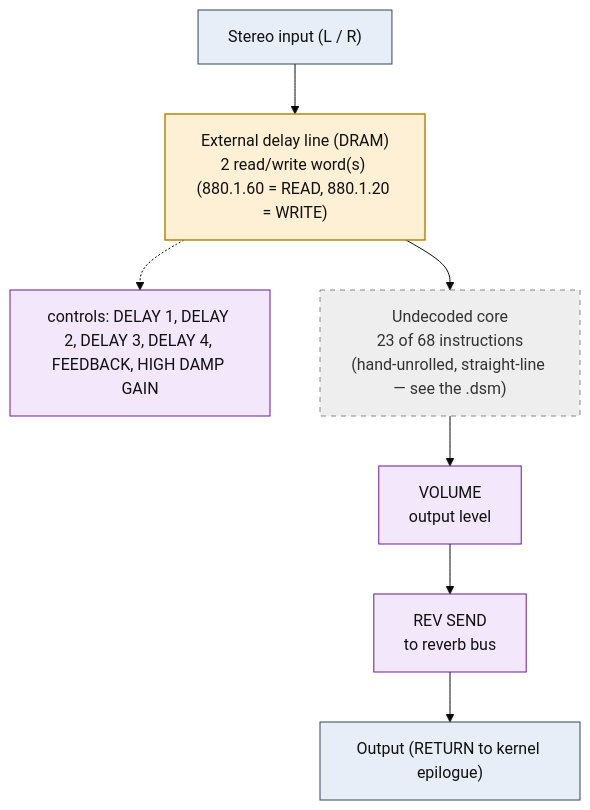
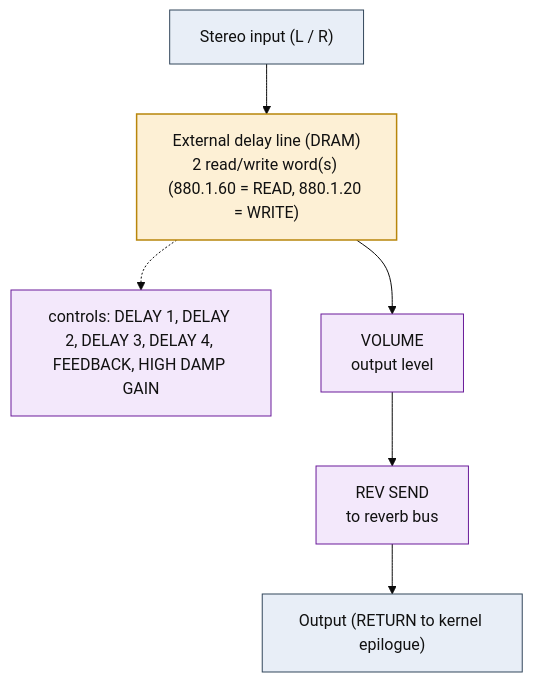
Before and after one commit to ArqueologiaDigital/kn5000-roms-disasm: the diagram in dsp/flowcharts/prog10_multi_tap_delay.md, drawn with Mermaid (base theme). The commit also changed other lines of this file and 39 other files, not shown here.

First line of the commit message:
dsp: annotate all flowcharts with the classic effect topology each shape matches

````diff
--- a/dsp/flowcharts/prog10_multi_tap_delay.md
+++ b/dsp/flowcharts/prog10_multi_tap_delay.md
@@ -12,27 +12,24 @@
 ```mermaid
 flowchart TD
     N0["Stereo input (L / R)"]
     N1["External delay line (DRAM)<br/>2 read/write word(s) (880.1.60 = READ, 880.1.20 = WRITE)"]
     N0 --> N1
     N2["controls: DELAY 1, DELAY 2, DELAY 3, DELAY 4, FEEDBACK, HIGH DAMP GAIN"]
     N1 -.-> N2
-    N3["Undecoded core<br/>23 of 68 instructions<br/>(hand-unrolled, straight-line &mdash; see the .dsm)"]
+    N3["VOLUME<br/>output level"]
     N1 --> N3
-    N4["VOLUME<br/>output level"]
+    N4["REV SEND<br/>to reverb bus"]
     N3 --> N4
-    N5["REV SEND<br/>to reverb bus"]
+    N5["Output (RETURN to kernel epilogue)"]
     N4 --> N5
-    N6["Output (RETURN to kernel epilogue)"]
-    N5 --> N6
 
     classDef io fill:#e8eef7,stroke:#33475b,stroke-width:1px,color:#111;
     classDef proven fill:#d7f0d7,stroke:#2e7d32,stroke-width:2px,color:#111;
     classDef measured fill:#dbe9fb,stroke:#1565c0,stroke-width:1.5px,color:#111;
     classDef inferred fill:#fdf0d5,stroke:#b8860b,stroke-width:1.5px,color:#111;
     classDef open fill:#eeeeee,stroke:#888,stroke-width:1px,color:#333,stroke-dasharray:5 5;
     classDef ctrl fill:#f3e8fb,stroke:#6a1b9a,stroke-width:1px,color:#111;
-    class N0,N6 io;
+    class N0,N5 io;
     class N1 inferred;
-    class N2,N4,N5 ctrl;
-    class N3 open;
+    class N2,N3,N4 ctrl;
 ```
````
